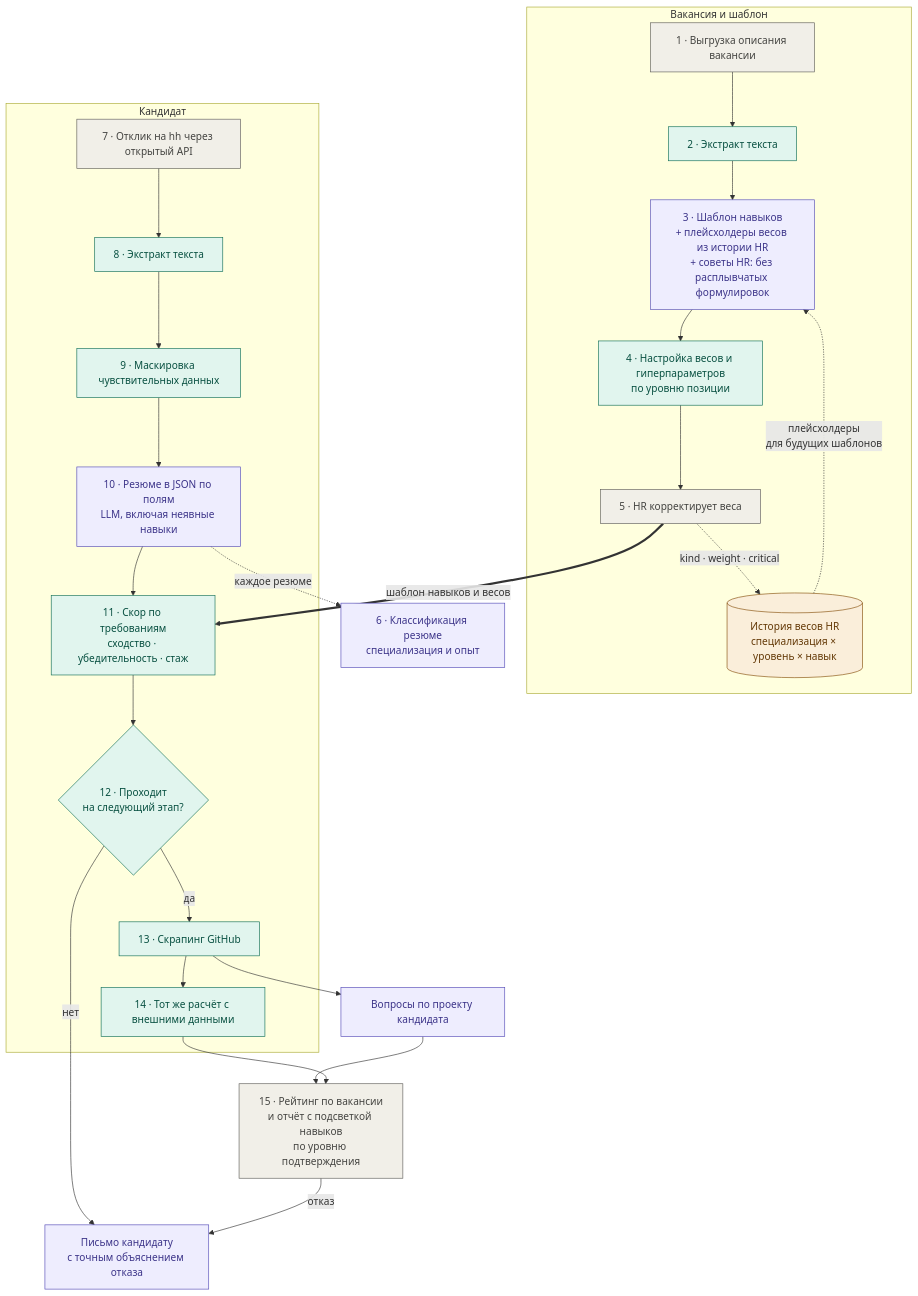
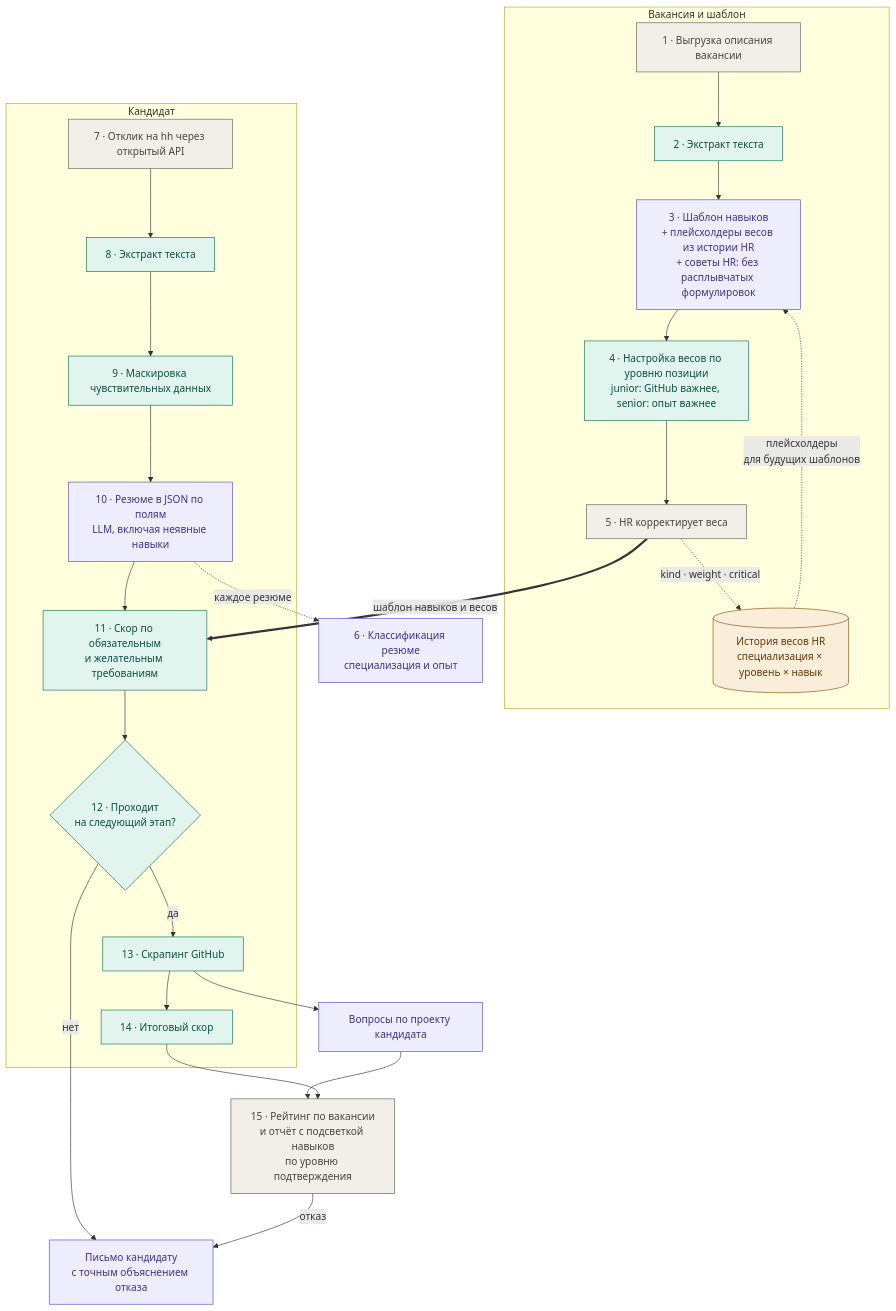
Before and after one commit to MiZentUi/tracing_ats: the first of 7 diagrams in README.md, drawn with Mermaid. The commit also changed other lines of this file and 131 other files, not shown here.

````diff
--- a/README.md
+++ b/README.md
@@ -72,49 +71,49 @@
 ```mermaid
 flowchart TB
     classDef llm fill:#EEEDFE,stroke:#534AB7,color:#3C3489
     classDef code fill:#E1F5EE,stroke:#0F6E56,color:#085041
     classDef human fill:#F1EFE8,stroke:#5F5E5A,color:#444441
     classDef data fill:#FAEEDA,stroke:#854F0B,color:#633806
 
     subgraph VAC["Вакансия и шаблон"]
         V1["1 · Выгрузка описания вакансии"]
         V2["2 · Экстракт текста"]
         V3["3 · Шаблон навыков<br/>+ плейсхолдеры весов из истории HR<br/>+ советы HR: без расплывчатых формулировок"]
-        V4["4 · Настройка весов и гиперпараметров<br/>по уровню позиции"]
+        V4["4 · Настройка весов по уровню позиции<br/>junior: GitHub важнее, senior: опыт важнее"]
         V5["5 · HR корректирует веса"]
         VH[("История весов HR<br/>специализация × уровень × навык")]
         V1 --> V2 --> V3 --> V4 --> V5
         V5 -.->|"kind · weight · critical"| VH
         VH -.->|"плейсхолдеры<br/>для будущих шаблонов"| V3
     end
 
     subgraph CAN["Кандидат"]
         C7["7 · Отклик на hh через открытый API"]
         C8["8 · Экстракт текста"]
         C9["9 · Маскировка чувствительных данных"]
         C10["10 · Резюме в JSON по полям<br/>LLM, включая неявные навыки"]
-        C11["11 · Скор по требованиям<br/>сходство · убедительность · стаж"]
+        C11["11 · Скор по обязательным<br/>и желательным требованиям"]
         C12{"12 · Проходит<br/>на следующий этап?"}
         C13["13 · Скрапинг GitHub"]
-        C14["14 · Тот же расчёт с внешними данными"]
+        C14["14 · Итоговый скор"]
         C7 --> C8 --> C9 --> C10 --> C11 --> C12
         C12 -->|"да"| C13 --> C14
     end
 
     V6["6 · Классификация резюме<br/>специализация и опыт"]
     QST["Вопросы по проекту кандидата"]
     OUT["15 · Рейтинг по вакансии<br/>и отчёт с подсветкой навыков<br/>по уровню подтверждения"]
     LET["Письмо кандидату<br/>с точным объяснением отказа"]
 
     V5 ==>|"шаблон навыков и весов"| C11
     C10 -.->|"каждое резюме"| V6
     C13 --> QST --> OUT
     C14 --> OUT
     C12 -->|"нет"| LET
     OUT -->|"отказ"| LET
 
     class V3,C10,V6,QST,LET llm
     class V2,V4,C8,C9,C11,C12,C13,C14 code
     class V1,V5,C7,OUT human
     class VH data
 ```
````
